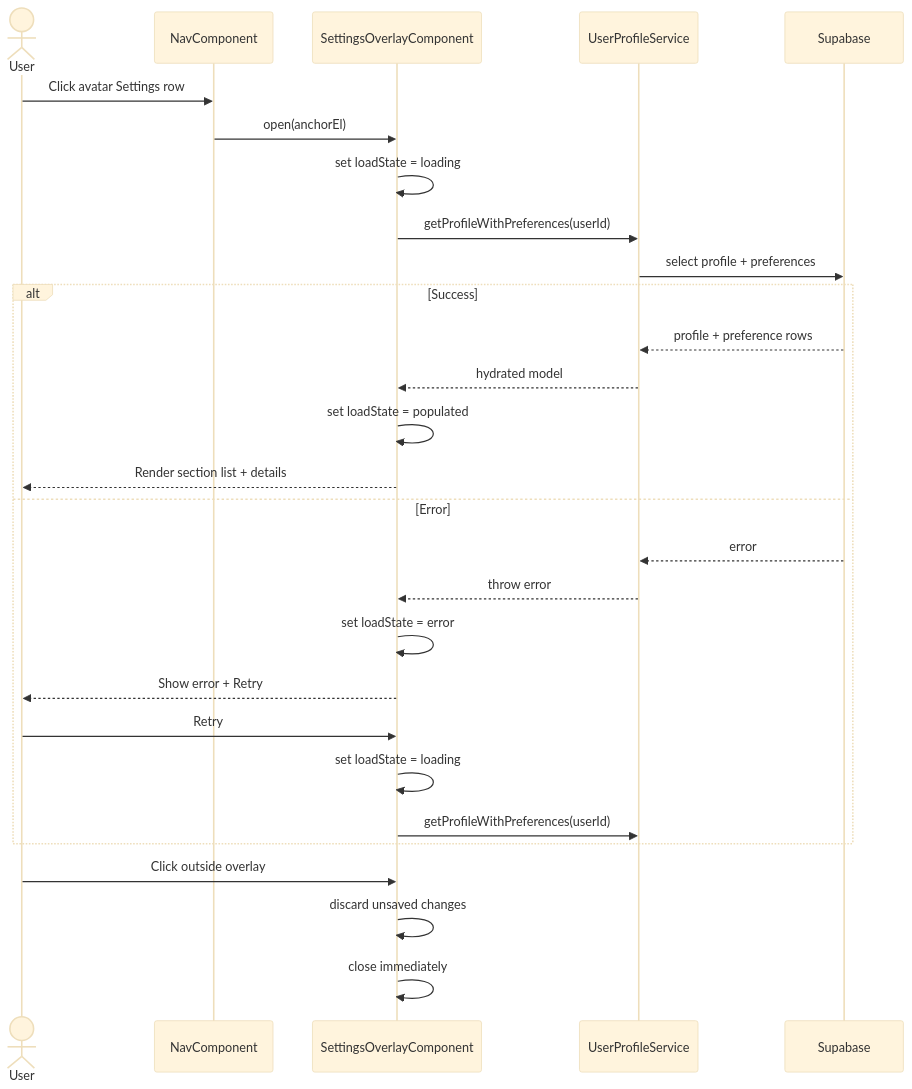
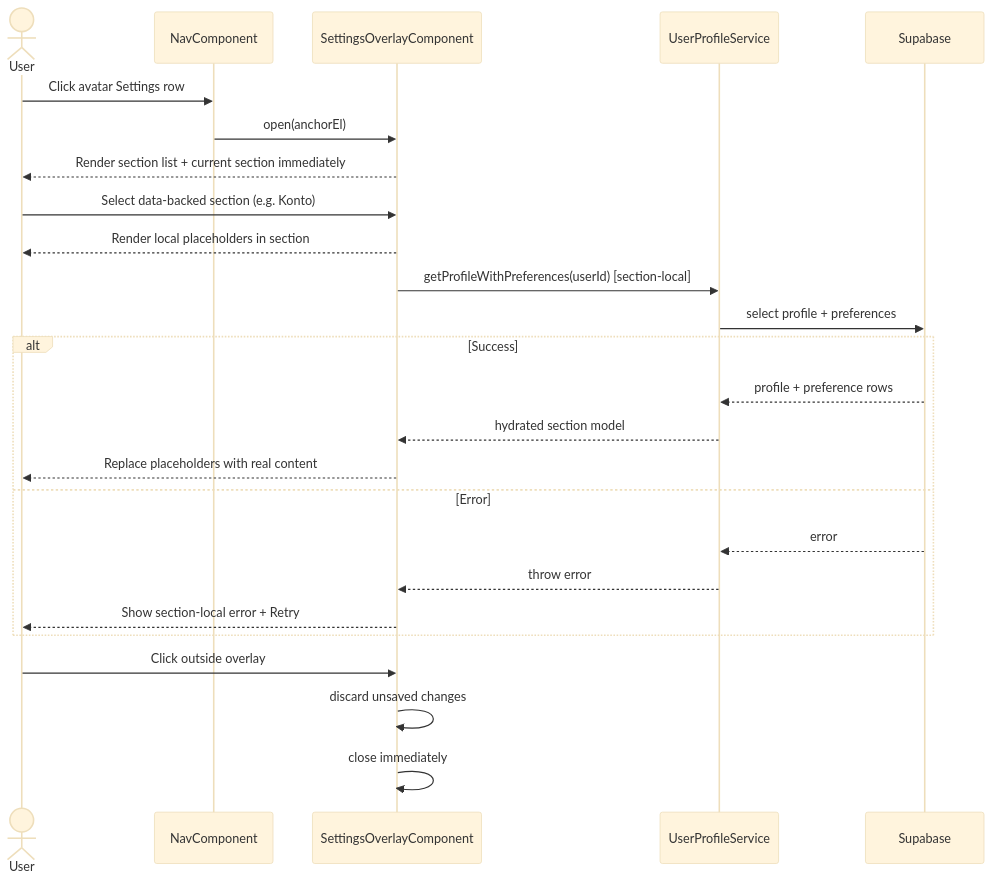
The third of 3 diagrams in docs/element-specs/settings-overlay.md (matkleve/feldpost), drawn with Mermaid (base theme) before and after one commit. The commit also changed other lines of this file and 16 other files, not shown here.

````diff
--- a/docs/element-specs/settings-overlay.md
+++ b/docs/element-specs/settings-overlay.md
@@ -148,33 +150,29 @@
 ```mermaid
 sequenceDiagram
     actor U as User
     participant N as NavComponent
     participant O as SettingsOverlayComponent
     participant P as UserProfileService
     participant S as Supabase
 
     U->>N: Click avatar Settings row
     N->>O: open(anchorEl)
-    O->>O: set loadState = loading
-    O->>P: getProfileWithPreferences(userId)
+    O-->>U: Render section list + current section immediately
+    U->>O: Select data-backed section (e.g. Konto)
+    O-->>U: Render local placeholders in section
+    O->>P: getProfileWithPreferences(userId) [section-local]
     P->>S: select profile + preferences
-
     alt Success
         S-->>P: profile + preference rows
-        P-->>O: hydrated model
-        O->>O: set loadState = populated
-        O-->>U: Render section list + details
+        P-->>O: hydrated section model
+        O-->>U: Replace placeholders with real content
     else Error
         S-->>P: error
         P-->>O: throw error
-        O->>O: set loadState = error
-        O-->>U: Show error + Retry
-        U->>O: Retry
-        O->>O: set loadState = loading
-        O->>P: getProfileWithPreferences(userId)
+        O-->>U: Show section-local error + Retry
     end
 
     U->>O: Click outside overlay
     O->>O: discard unsaved changes
     O->>O: close immediately
 ```
````
